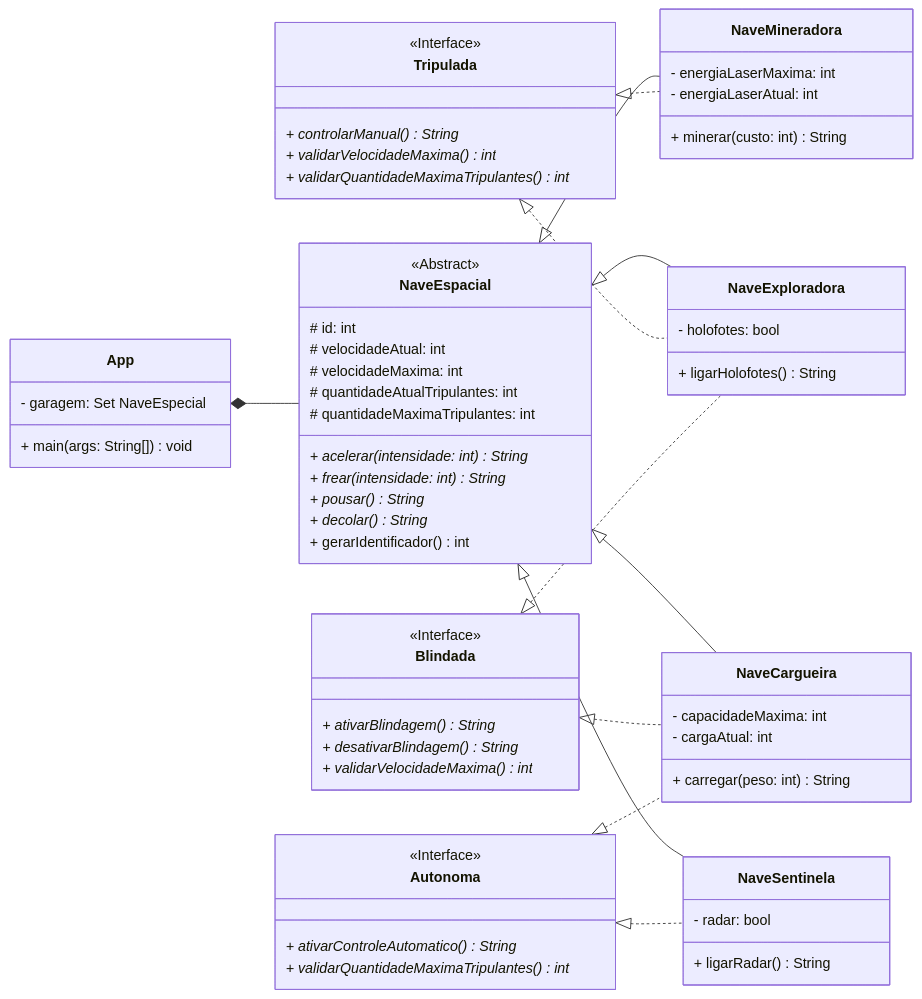
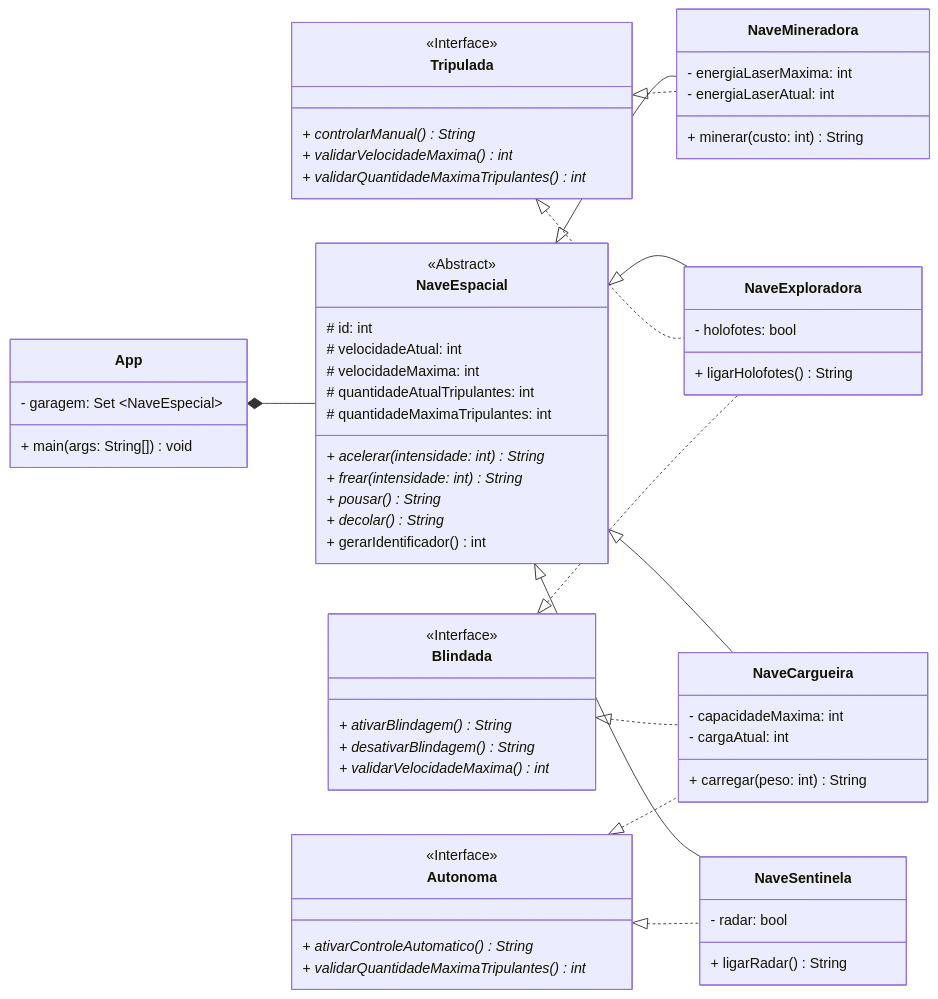
One commit to sergio-prolo-class/lista-4-willian changed the diagram in readme.md. Above: the diagram before and after it, drawn with Mermaid.

Commit message:
Edita o arquivo readme.md

```diff
--- a/readme.md
+++ b/readme.md
@@ -9,7 +9,7 @@
     direction LR
     
     class App {
-        - garagem: Set NaveEspecial
+        - garagem: Set ~NaveEspecial~
         + main(args: String[]) void
     }
     
```
